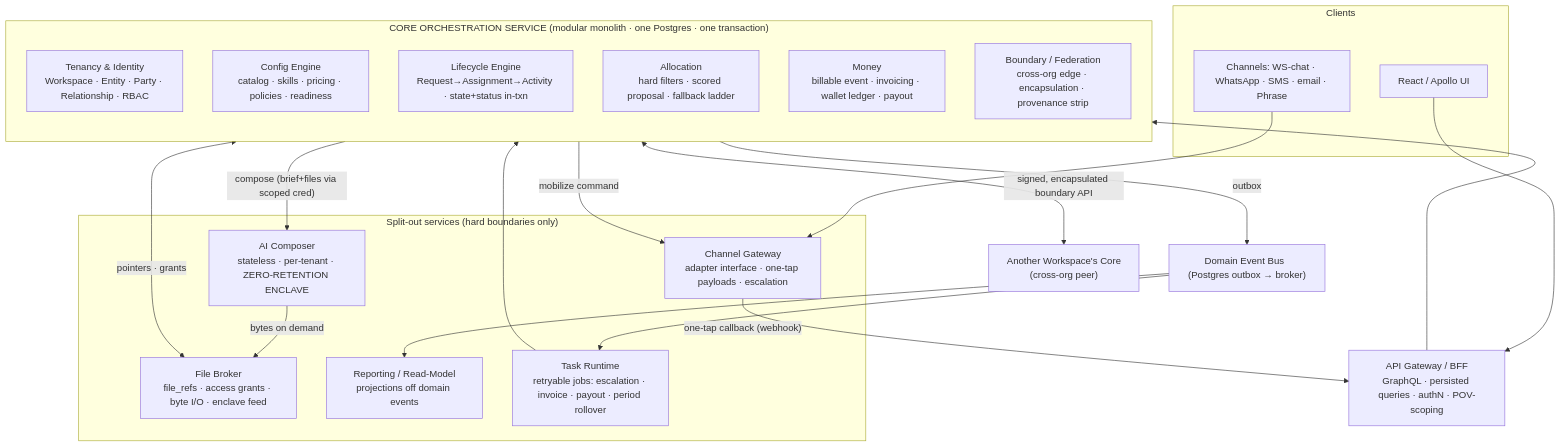
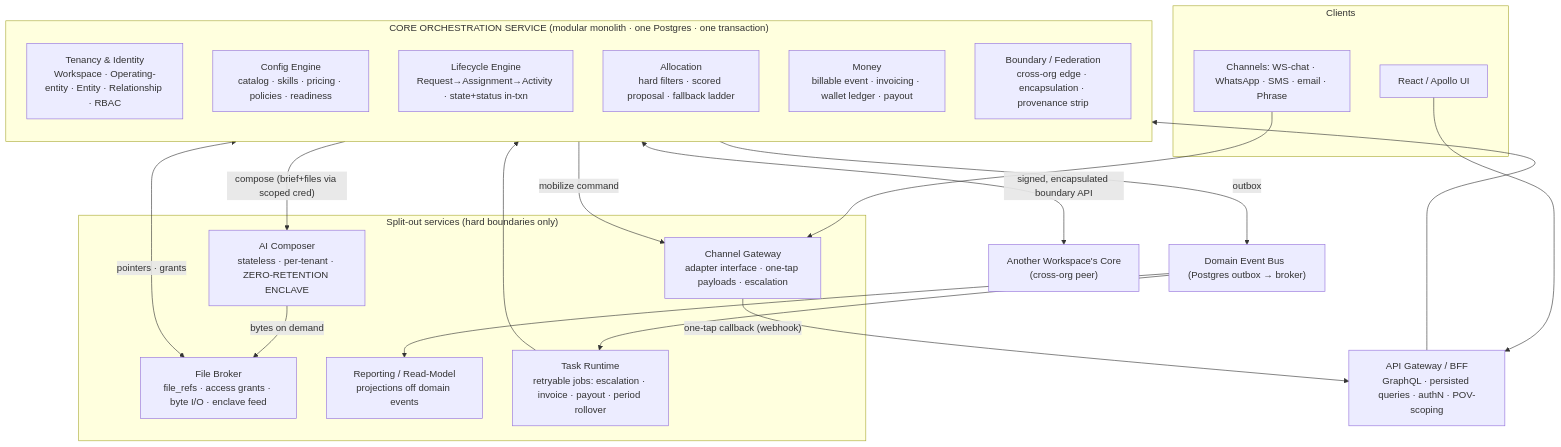
One commit to rathishreya/-WS-3.0 changed the first of 2 diagrams in docs/tenant-zero/architecture.md. Above: the diagram before and after it, drawn with Mermaid. The commit also changed other lines of this file and 1 other file, not shown here.

First line of the commit message:
docs: rename Party → Entity (actor); keep operating_entity distinct

````diff
--- a/docs/tenant-zero/architecture.md
+++ b/docs/tenant-zero/architecture.md
@@ -46,43 +46,43 @@
 ```mermaid
 flowchart TB
   subgraph Client["Clients"]
     UI["React / Apollo UI"]
     CH["Channels: WS-chat · WhatsApp · SMS · email · Phrase"]
   end
 
   GW["API Gateway / BFF<br/>GraphQL · persisted queries · authN · POV-scoping"]
 
   subgraph Core["CORE ORCHESTRATION SERVICE  (modular monolith · one Postgres · one transaction)"]
     direction TB
-    TEN["Tenancy & Identity<br/>Workspace · Entity · Party · Relationship · RBAC"]
+    TEN["Tenancy & Identity<br/>Workspace · Operating-entity · Entity · Relationship · RBAC"]
     CFG["Config Engine<br/>catalog · skills · pricing · policies · readiness"]
     LC["Lifecycle Engine<br/>Request→Assignment→Activity · state+status in-txn"]
     ALL["Allocation<br/>hard filters · scored proposal · fallback ladder"]
     MON["Money<br/>billable event · invoicing · wallet ledger · payout"]
     BND["Boundary / Federation<br/>cross-org edge · encapsulation · provenance strip"]
   end
 
   subgraph Sep["Split-out services (hard boundaries only)"]
     CMP["AI Composer<br/>stateless · per-tenant · ZERO-RETENTION ENCLAVE"]
     FB["File Broker<br/>file_refs · access grants · byte I/O · enclave feed"]
     CG["Channel Gateway<br/>adapter interface · one-tap payloads · escalation"]
     RPT["Reporting / Read-Model<br/>projections off domain events"]
     WRK["Task Runtime<br/>retryable jobs: escalation · invoice · payout · period rollover"]
   end
 
   BUS["Domain Event Bus  (Postgres outbox → broker)"]
 
   UI --> GW
   CH --> CG
   GW --> Core
   Core -->|"compose (brief+files via scoped cred)"| CMP
   CMP -->|"bytes on demand"| FB
   Core <-->|"pointers · grants"| FB
   Core -->|"mobilize command"| CG
   CG -->|"one-tap callback (webhook)"| GW
   Core -->|"outbox"| BUS
   BUS --> RPT
   BUS --> WRK
   WRK --> Core
   Core <-->|"signed, encapsulated boundary API"| Core2["Another Workspace's Core<br/>(cross-org peer)"]
 ```
````
